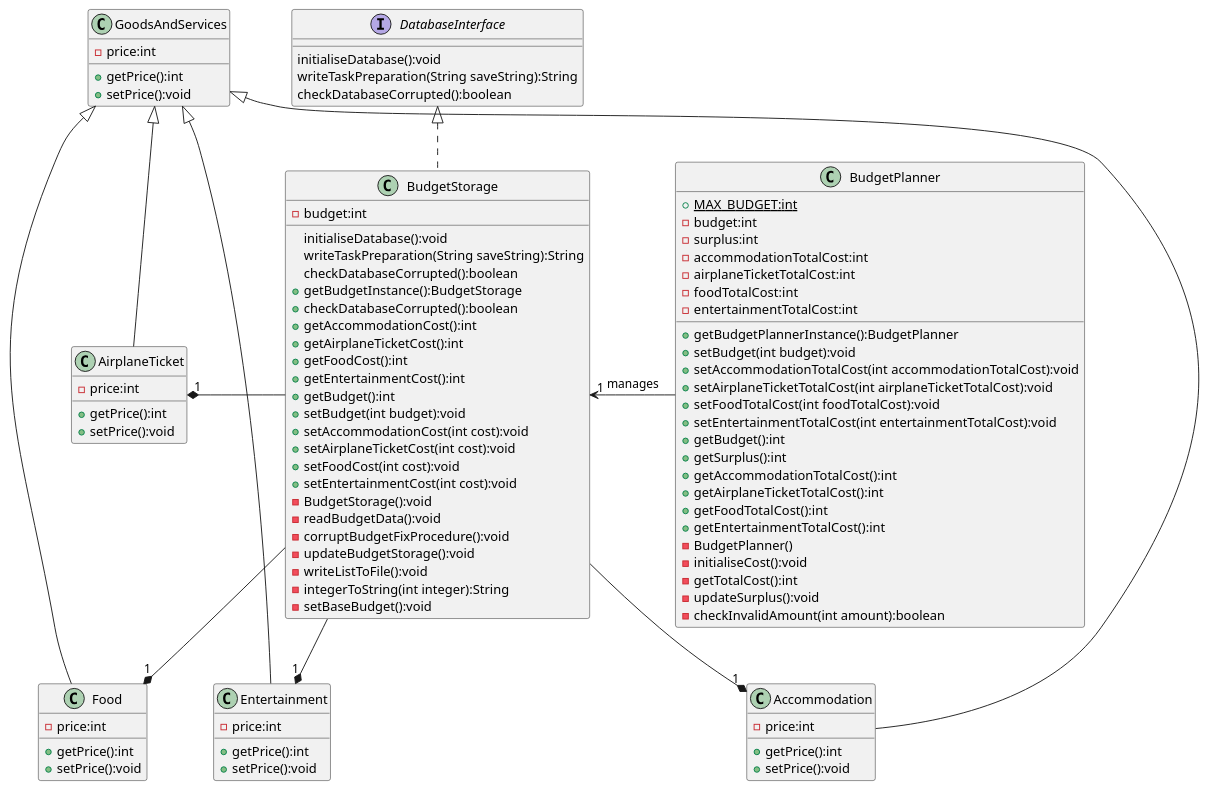
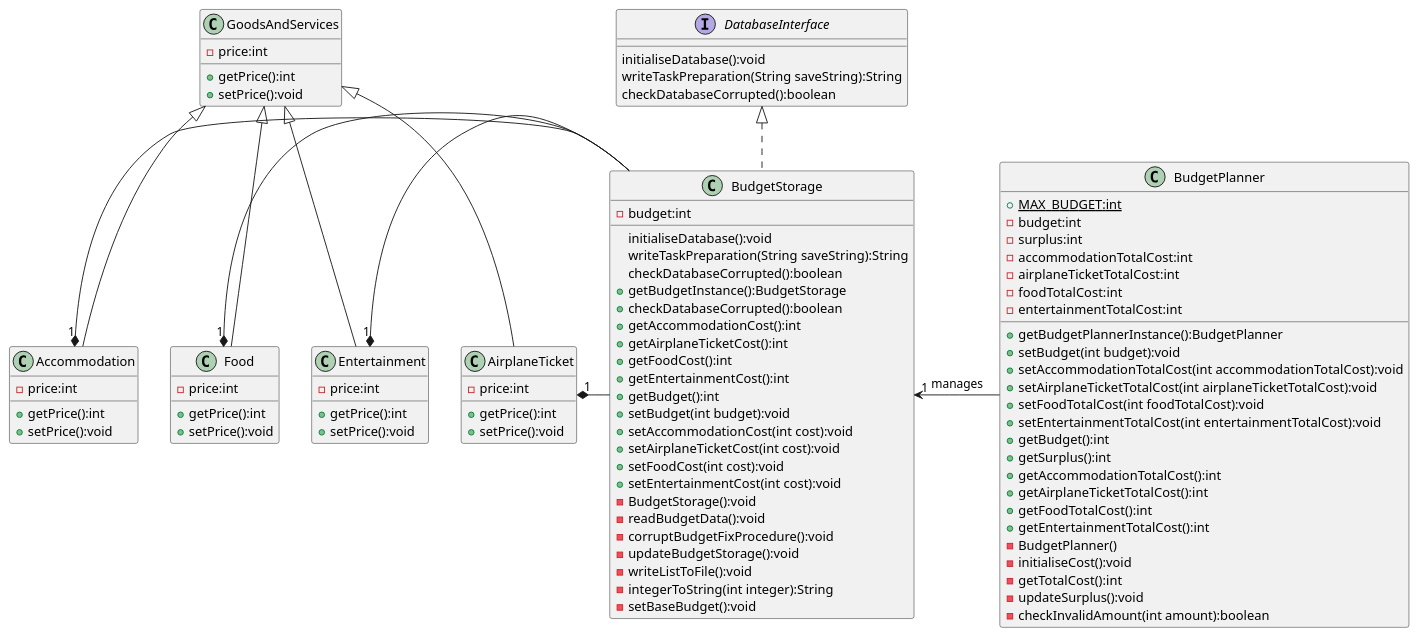
Before and after one commit to nus-cs2113-AY2223S2/tp: the diagram in docs/diagrams/budget/budgetClassDiagram.puml, drawn with PlantUML. The commit also changed 3 other files, not shown here.

```diff
--- a/docs/diagrams/budget/budgetClassDiagram.puml
+++ b/docs/diagrams/budget/budgetClassDiagram.puml
@@ -1,93 +1,93 @@
 @startuml
 'https://plantuml.com/sequence-diagram
 
 interface DatabaseInterface {
 initialiseDatabase():void
 writeTaskPreparation(String saveString):String
 checkDatabaseCorrupted():boolean
 }
 class BudgetStorage implements DatabaseInterface {
 -budget:int
 initialiseDatabase():void
 writeTaskPreparation(String saveString):String
 checkDatabaseCorrupted():boolean
 +getBudgetInstance():BudgetStorage
 +checkDatabaseCorrupted():boolean
 +getAccommodationCost():int
 +getAirplaneTicketCost():int
 +getFoodCost():int
 +getEntertainmentCost():int
 +getBudget():int
 +setBudget(int budget):void
 +setAccommodationCost(int cost):void
 +setAirplaneTicketCost(int cost):void
 +setFoodCost(int cost):void
 +setEntertainmentCost(int cost):void
 -BudgetStorage():void
 -readBudgetData():void
 -corruptBudgetFixProcedure():void
 -updateBudgetStorage():void
 -writeListToFile():void
 -integerToString(int integer):String
 -setBaseBudget():void
 }
 class BudgetPlanner {
 {static}+MAX_BUDGET:int
 -budget:int
 -surplus:int
 -accommodationTotalCost:int
 -airplaneTicketTotalCost:int
 -foodTotalCost:int
 -entertainmentTotalCost:int
 +getBudgetPlannerInstance():BudgetPlanner
 +setBudget(int budget):void
 +setAccommodationTotalCost(int accommodationTotalCost):void
 +setAirplaneTicketTotalCost(int airplaneTicketTotalCost):void
 +setFoodTotalCost(int foodTotalCost):void
 +setEntertainmentTotalCost(int entertainmentTotalCost):void
 +getBudget():int
 +getSurplus():int
 +getAccommodationTotalCost():int
 +getAirplaneTicketTotalCost():int
 +getFoodTotalCost():int
 +getEntertainmentTotalCost():int
 -BudgetPlanner()
 -initialiseCost():void
 -getTotalCost():int
 -updateSurplus():void
 -checkInvalidAmount(int amount):boolean
 
 }
 BudgetStorage "1" <- BudgetPlanner : manages
 BudgetStorage -left-* "1"AirplaneTicket
-BudgetStorage --* "1"Entertainment
-BudgetStorage --* "1"Food
-BudgetStorage --* "1"Accommodation
+BudgetStorage -left-* "1"Entertainment
+BudgetStorage -left-* "1"Food
+BudgetStorage -left-* "1"Accommodation
 
 class AirplaneTicket extends GoodsAndServices {
 -price:int
 +getPrice():int
 +setPrice():void
 }
 class Accommodation extends GoodsAndServices {
 -price:int
 +getPrice():int
 +setPrice():void
 }
 class Food extends GoodsAndServices {
 -price:int
 +getPrice():int
 +setPrice():void
 }
 class Entertainment extends GoodsAndServices {
 -price:int
 +getPrice():int
 +setPrice():void
 }
 class GoodsAndServices {
 -price:int
 +getPrice():int
 +setPrice():void
 }
 
 @enduml
```
